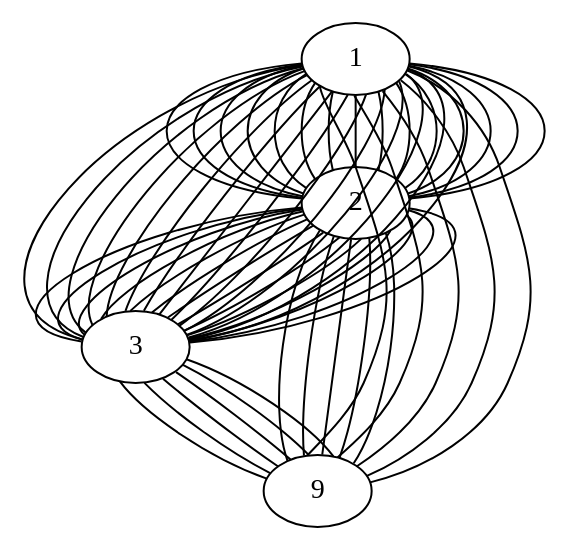
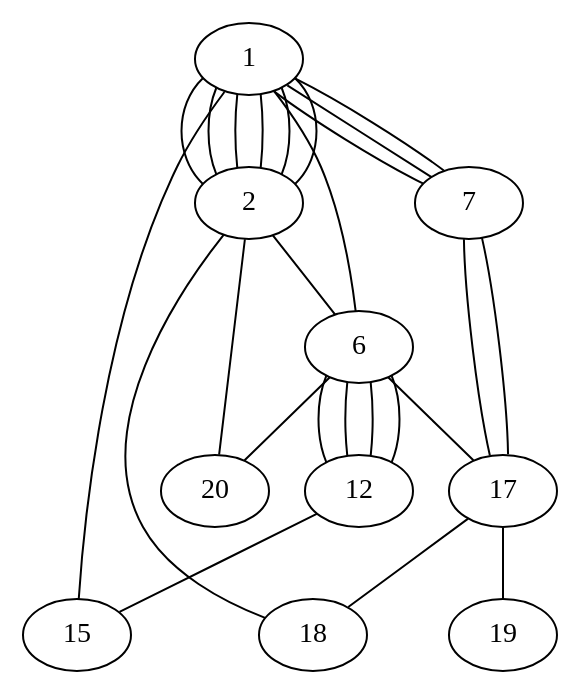
One commit to GuidoHeijden/CNproject_PAmodels changed the diagram in hofstad_PA.dot. Above: the diagram before and after it, drawn with Graphviz. The commit also changed 2 other files, not shown here.

```diff
--- a/hofstad_PA.dot
+++ b/hofstad_PA.dot
@@ -1,66 +1,37 @@
 graph  {
-1 [pos="[9.99999996e-01 3.03274642e-08]"];
-2 [pos="[-3.71281868e-08  1.00000000e+00]"];
-3 [pos="[-9.99999991e-01 -4.31302327e-08]"];
-9 [pos="[ 3.24731609e-08 -9.99999987e-01]"];
+1 [pos="[-0.29741747  0.20309246]"];
+2 [pos="[ 0.37021641 -0.03006826]"];
+6 [pos="[0.14293278 0.23321807]"];
+7 [pos="[-0.60835003 -0.2565093 ]"];
+12 [pos="[0.02285251 0.81159435]"];
+15 [pos="[-0.50659182  0.74657923]"];
+17 [pos="[-0.07805142 -0.43415959]"];
+18 [pos="[ 0.44545716 -0.5643837 ]"];
+19 [pos="[-0.22388694 -1.        ]"];
+20 [pos="[0.73283882 0.29063673]"];
 1 -- 2  [key=0];
 1 -- 2  [key=1];
 1 -- 2  [key=2];
 1 -- 2  [key=3];
 1 -- 2  [key=4];
 1 -- 2  [key=5];
-1 -- 2  [key=6];
-1 -- 2  [key=7];
-1 -- 2  [key=8];
-1 -- 2  [key=9];
-1 -- 2  [key=10];
-1 -- 2  [key=11];
-1 -- 2  [key=12];
-1 -- 2  [key=13];
-1 -- 2  [key=14];
-1 -- 3  [key=0];
-1 -- 3  [key=1];
-1 -- 3  [key=2];
-1 -- 3  [key=3];
-1 -- 3  [key=4];
-1 -- 3  [key=5];
-1 -- 3  [key=6];
-1 -- 3  [key=7];
-1 -- 3  [key=8];
-1 -- 3  [key=9];
-1 -- 3  [key=10];
-1 -- 3  [key=11];
-1 -- 3  [key=12];
-1 -- 3  [key=13];
-1 -- 3  [key=14];
-1 -- 9  [key=0];
-1 -- 9  [key=1];
-1 -- 9  [key=2];
-1 -- 9  [key=3];
-1 -- 9  [key=4];
-2 -- 3  [key=0];
-2 -- 3  [key=1];
-2 -- 3  [key=2];
-2 -- 3  [key=3];
-2 -- 3  [key=4];
-2 -- 3  [key=5];
-2 -- 3  [key=6];
-2 -- 3  [key=7];
-2 -- 3  [key=8];
-2 -- 3  [key=9];
-2 -- 3  [key=10];
-2 -- 3  [key=11];
-2 -- 3  [key=12];
-2 -- 3  [key=13];
-2 -- 9  [key=0];
-2 -- 9  [key=1];
-2 -- 9  [key=2];
-2 -- 9  [key=3];
-2 -- 9  [key=4];
-3 -- 9  [key=0];
-3 -- 9  [key=1];
-3 -- 9  [key=2];
-3 -- 9  [key=3];
-3 -- 9  [key=4];
-3 -- 9  [key=5];
+1 -- 6  [key=0];
+1 -- 7  [key=0];
+1 -- 7  [key=1];
+1 -- 7  [key=2];
+1 -- 15  [key=0];
+2 -- 6  [key=0];
+2 -- 20  [key=0];
+2 -- 18  [key=0];
+6 -- 12  [key=0];
+6 -- 12  [key=1];
+6 -- 12  [key=2];
+6 -- 12  [key=3];
+6 -- 20  [key=0];
+6 -- 17  [key=0];
+7 -- 17  [key=0];
+7 -- 17  [key=1];
+12 -- 15  [key=0];
+17 -- 18  [key=0];
+17 -- 19  [key=0];
 }
```
